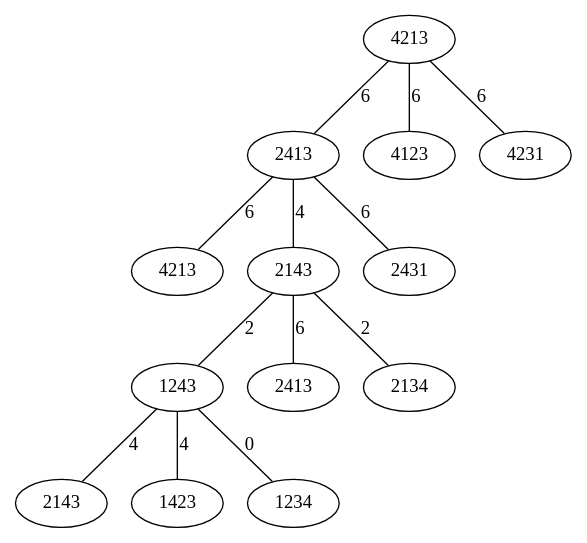
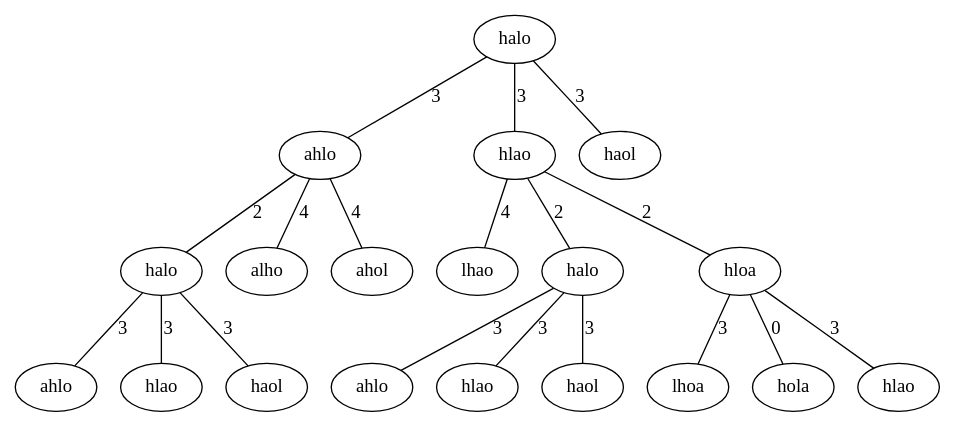
Before and after one commit to kmsu/1S2025_IA1: the diagram in BusquedaInformada/dot.dot, drawn with Graphviz. The commit also changed 1 other file, not shown here.

```diff
--- a/BusquedaInformada/dot.dot
+++ b/BusquedaInformada/dot.dot
@@ -1,27 +1,39 @@
 graph G {
-N1 [label="4213"];
-N2 [label="2413"];
-N1 -- N2 [label="6"];
-N3 [label="4123"];
-N1 -- N3 [label="6"];
-N4 [label="4231"];
-N1 -- N4 [label="6"];
-N5 [label="4213"];
-N2 -- N5 [label="6"];
-N6 [label="2143"];
+N1 [label="halo"];
+N2 [label="ahlo"];
+N1 -- N2 [label="3"];
+N3 [label="hlao"];
+N1 -- N3 [label="3"];
+N4 [label="haol"];
+N1 -- N4 [label="3"];
+N5 [label="halo"];
+N2 -- N5 [label="2"];
+N6 [label="alho"];
 N2 -- N6 [label="4"];
-N7 [label="2431"];
-N2 -- N7 [label="6"];
-N8 [label="1243"];
-N6 -- N8 [label="2"];
-N9 [label="2413"];
-N6 -- N9 [label="6"];
-N10 [label="2134"];
-N6 -- N10 [label="2"];
-N11 [label="2143"];
-N8 -- N11 [label="4"];
-N12 [label="1423"];
-N8 -- N12 [label="4"];
-N13 [label="1234"];
-N8 -- N13 [label="0"];
+N7 [label="ahol"];
+N2 -- N7 [label="4"];
+N8 [label="ahlo"];
+N5 -- N8 [label="3"];
+N9 [label="hlao"];
+N5 -- N9 [label="3"];
+N10 [label="haol"];
+N5 -- N10 [label="3"];
+N11 [label="lhao"];
+N3 -- N11 [label="4"];
+N12 [label="halo"];
+N3 -- N12 [label="2"];
+N13 [label="hloa"];
+N3 -- N13 [label="2"];
+N14 [label="ahlo"];
+N12 -- N14 [label="3"];
+N15 [label="hlao"];
+N12 -- N15 [label="3"];
+N16 [label="haol"];
+N12 -- N16 [label="3"];
+N17 [label="lhoa"];
+N13 -- N17 [label="3"];
+N18 [label="hola"];
+N13 -- N18 [label="0"];
+N19 [label="hlao"];
+N13 -- N19 [label="3"];
 }
```
